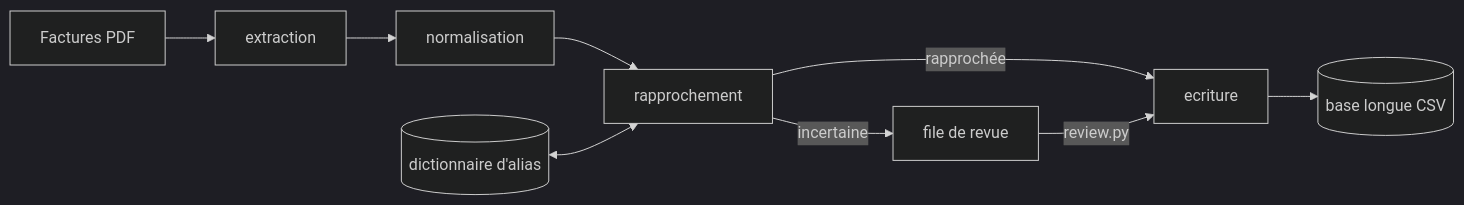
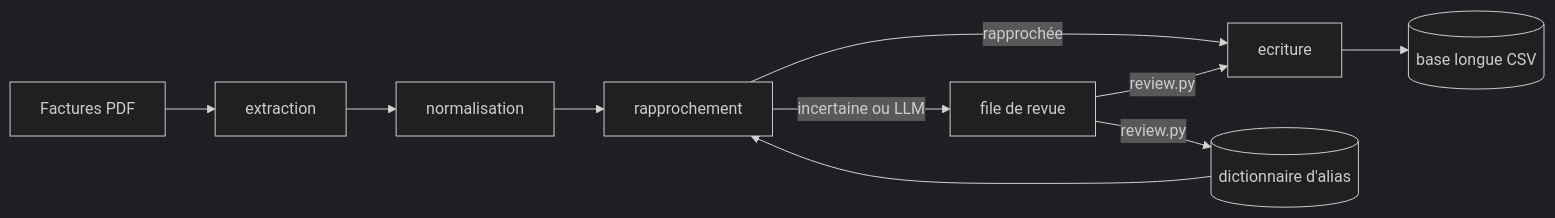
The diagram in sdd/README.md (pkersaudy/LevainCoeur.Suivi.Prix.Fournisseurs), drawn with Mermaid (dark theme) before and after one commit. The commit also changed 16 other files, not shown here.

````diff
--- a/sdd/README.md
+++ b/sdd/README.md
@@ -15,11 +15,12 @@
 ```mermaid
 flowchart LR
   PDF["Factures PDF"] --> EXT["extraction"]
   EXT --> NOR["normalisation"]
   NOR --> RAP["rapprochement"]
-  ALI[("dictionnaire d'alias")] <--> RAP
+  ALI[("dictionnaire d'alias")] --> RAP
   RAP -->|"rapprochée"| ECR["ecriture"]
-  RAP -->|"incertaine"| REV["file de revue"]
+  RAP -->|"incertaine ou LLM"| REV["file de revue"]
   REV -->|"review.py"| ECR
+  REV -->|"review.py"| ALI
   ECR --> BASE[("base longue CSV")]
 ```
````
